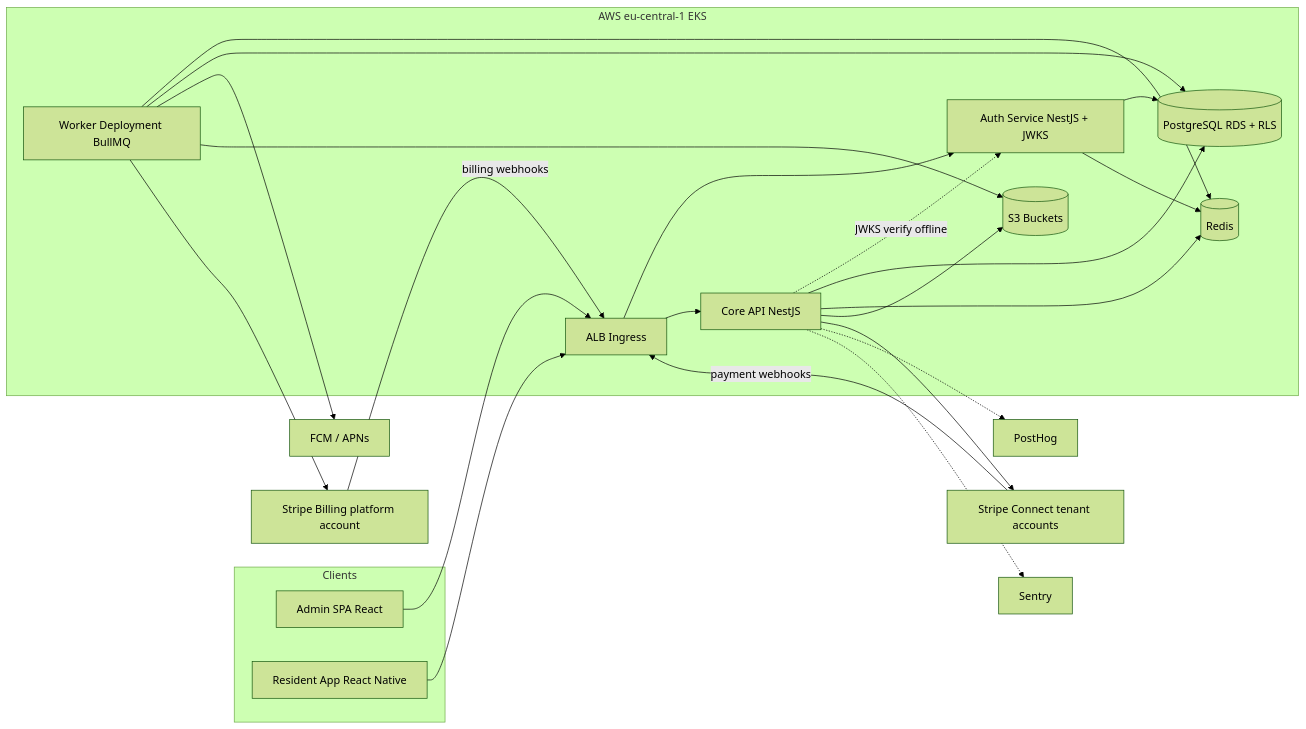
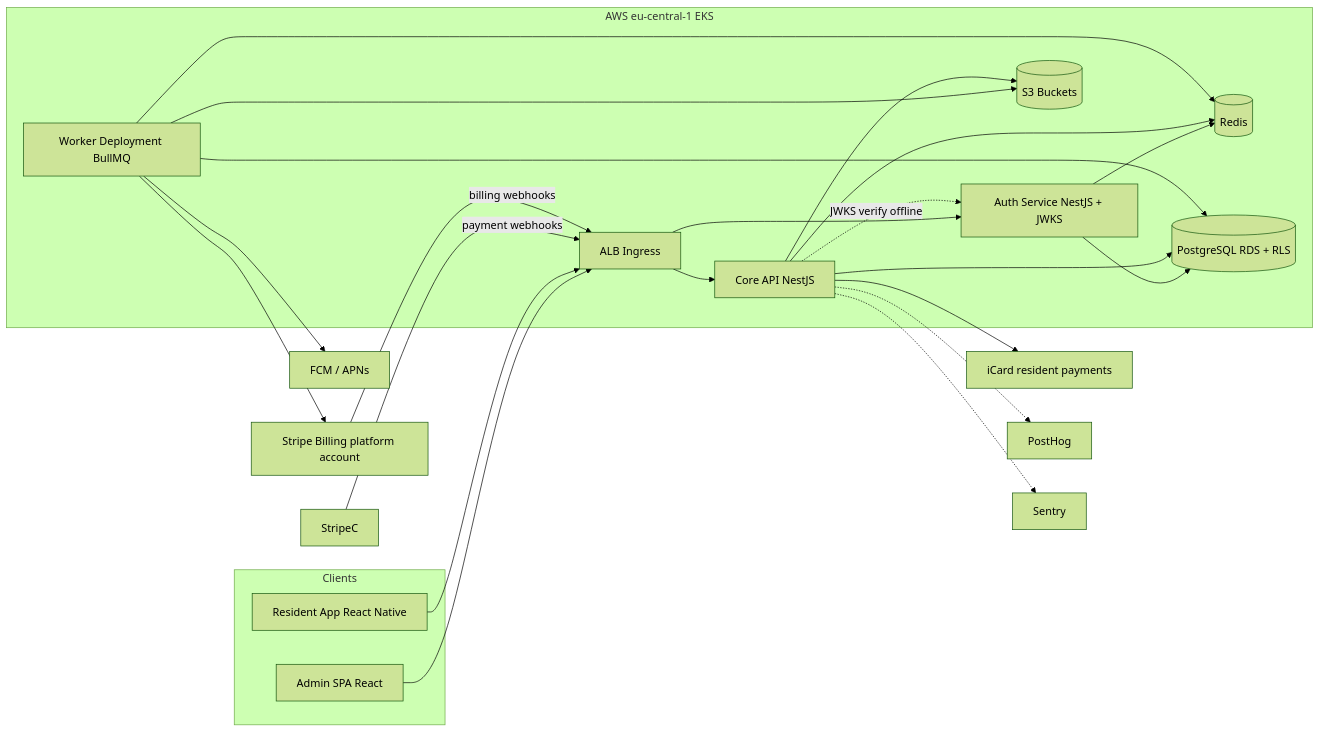
One commit to bsdimer/inova changed the first of 3 diagrams in docs/implementation-plan.md. Above: the diagram before and after it, drawn with Mermaid (forest theme). The commit also changed other lines of this file and 97 other files, not shown here.

````diff
--- a/docs/implementation-plan.md
+++ b/docs/implementation-plan.md
@@ -207,42 +223,42 @@
 ```mermaid
 flowchart LR
   subgraph clients [Clients]
     AdminSPA[Admin SPA React]
     MobileApp[Resident App React Native]
   end
   subgraph aws [AWS eu-central-1 EKS]
     ALB[ALB Ingress]
     Auth[Auth Service NestJS + JWKS]
     API[Core API NestJS]
     Worker[Worker Deployment BullMQ]
     Redis[(Redis)]
     PG[(PostgreSQL RDS + RLS)]
     S3[(S3 Buckets)]
   end
-  StripeC[Stripe Connect tenant accounts]
+  ICard[iCard resident payments]
   StripeB[Stripe Billing platform account]
   FCM[FCM / APNs]
   PostHog[PostHog]
   Sentry[Sentry]
 
   AdminSPA --> ALB
   MobileApp --> ALB
   ALB --> Auth
   ALB --> API
   Auth --> PG
   Auth --> Redis
   API -.->|JWKS verify offline| Auth
   API --> PG
   API --> Redis
   Worker --> Redis
   Worker --> PG
   Worker --> FCM
   Worker --> S3
   API --> S3
   StripeC -->|payment webhooks| ALB
   StripeB -->|billing webhooks| ALB
-  API --> StripeC
+  API --> ICard
   Worker --> StripeB
   API -.-> PostHog
   API -.-> Sentry
 ```
````
